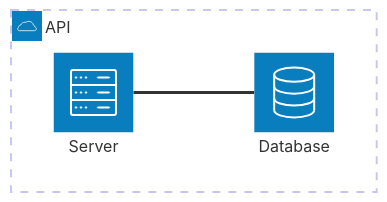
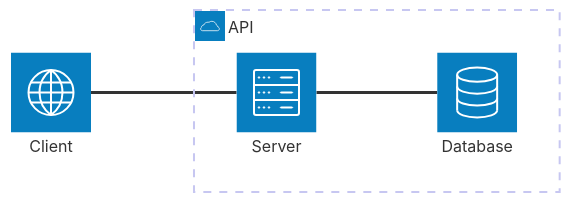
The diagram in m450-Application-Testing/x-res/projects/todo/README.md (sxpersxnic/TBZ), drawn with Mermaid before and after one commit. The commit also changed other lines of this file and 1 other file, not shown here.

````diff
--- a/m450-Application-Testing/x-res/projects/todo/README.md
+++ b/m450-Application-Testing/x-res/projects/todo/README.md
@@ -13,11 +25,14 @@
 ```mermaid
 architecture-beta
 
 group  api(cloud)[API]
 
 service  db(database)[Database] in  api
 
 service  server(server)[Server] in  api
 
+service client(internet)[Client]
+
 db:L  --  R:server
+client:R  --  L:server
 ```
````
